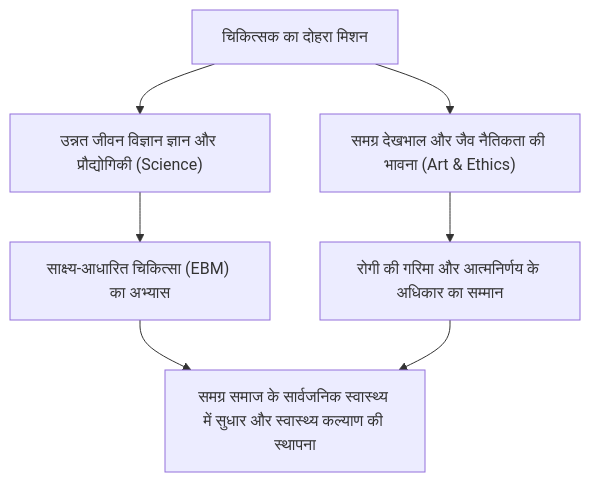
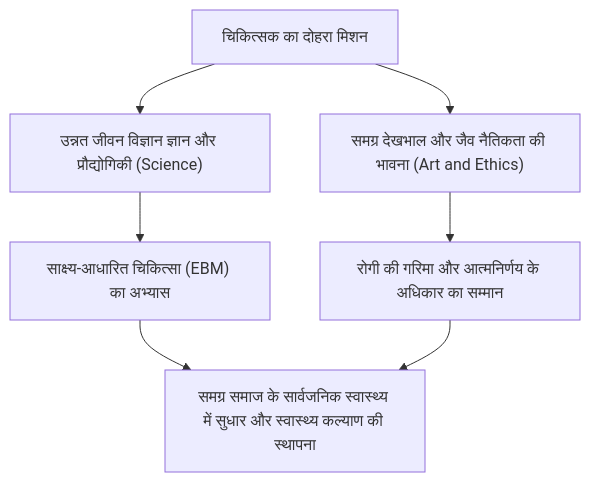
The first of 7 diagrams in content/post/medical-doctor-education-qualifications-specialties/index.hi.md (kenjinote/blog), drawn with Mermaid before and after one commit. The commit also changed other lines of this file and 12 other files, not shown here.

Commit message:
fix(medical-doctor): resolve mermaid syntax error in subgraph and fix unrendered bold asterisks

````diff
--- a/content/post/medical-doctor-education-qualifications-specialties/index.hi.md
+++ b/content/post/medical-doctor-education-qualifications-specialties/index.hi.md
@@ -21,9 +21,9 @@
 ```mermaid
 flowchart TD
     A["चिकित्सक का दोहरा मिशन"] --> B["उन्नत जीवन विज्ञान ज्ञान और प्रौद्योगिकी (Science)"]
-    A --> C["समग्र देखभाल और जैव नैतिकता की भावना (Art & Ethics)"]
+    A --> C["समग्र देखभाल और जैव नैतिकता की भावना (Art and Ethics)"]
     B --> D["साक्ष्य-आधारित चिकित्सा (EBM) का अभ्यास"]
     C --> E["रोगी की गरिमा और आत्मनिर्णय के अधिकार का सम्मान"]
     D --> F["समग्र समाज के सार्वजनिक स्वास्थ्य में सुधार और स्वास्थ्य कल्याण की स्थापना"]
     E --> F
 ```
````
